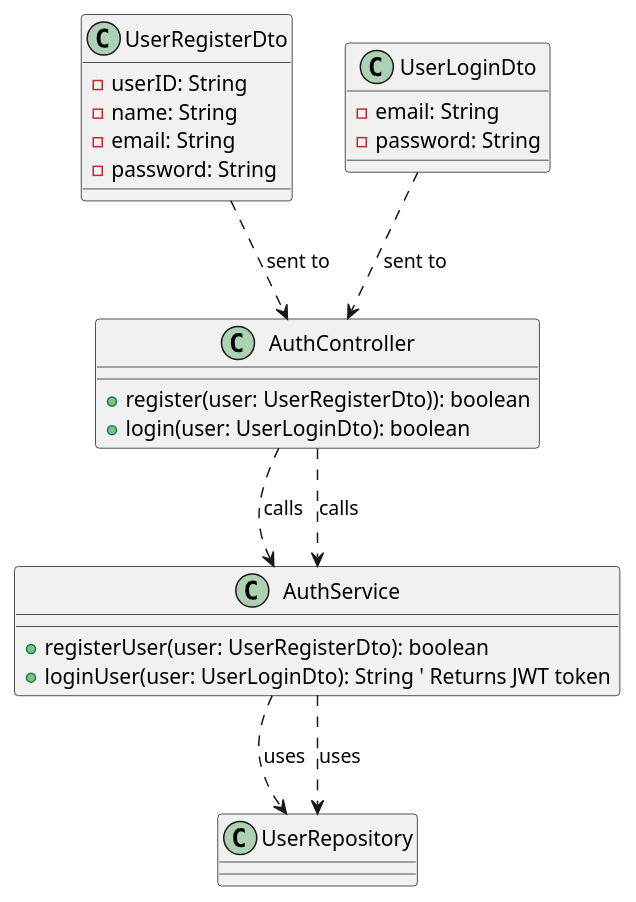
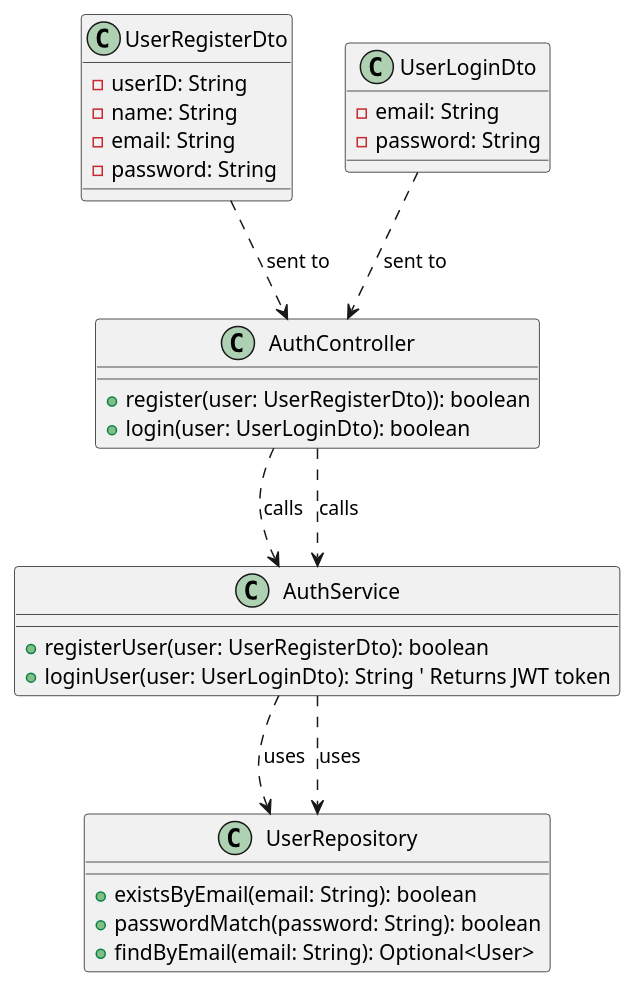
One commit to implaymo/Social-Media-Platform changed the diagram in Diagrams/US01/US_01_class_diagram.puml. Above: the diagram before and after it, drawn with PlantUML.

Commit message:
Updated US_01_class_diagram, add fields  to UserRepository.

```diff
--- a/Diagrams/US01/US_01_class_diagram.puml
+++ b/Diagrams/US01/US_01_class_diagram.puml
@@ -1,32 +1,38 @@
 @startuml
 class AuthService {
     + registerUser(user: UserRegisterDto): boolean
     + loginUser(user: UserLoginDto): String ' Returns JWT token
 }
 
 
 class AuthController {
     + register(user: UserRegisterDto)): boolean
     + login(user: UserLoginDto): boolean
 }
 
 class UserRegisterDto {
     - userID: String
     - name: String
     - email: String
     - password: String
 }
 
 class UserLoginDto {
     - email: String
     - password: String
 }
 
+class UserRepository {
+    + existsByEmail(email: String): boolean
+    + passwordMatch(password: String): boolean
+    + findByEmail(email: String): Optional<User>
+}
+
 UserLoginDto ..> AuthController : sent to
 AuthController ..> AuthService : calls
 AuthService ..> UserRepository : uses
 
 UserRegisterDto ..> AuthController : sent to
 AuthController ..> AuthService : calls
 AuthService ..> UserRepository : uses
 @enduml
```
